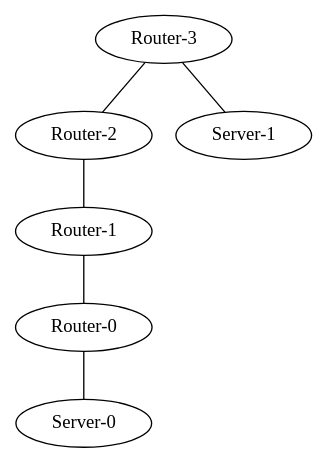
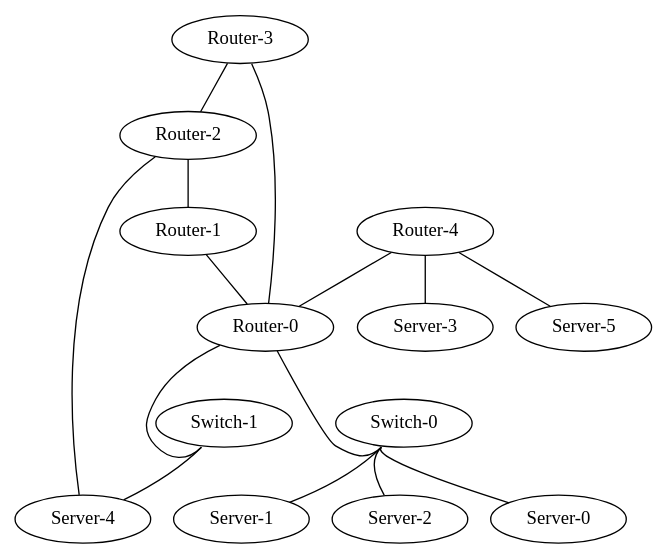
Before and after one commit to matferronato/TopologyGen: the diagram in TopologyGen/TopologyInfo/topology.dot, drawn with Graphviz. The commit also changed 87 other files, not shown here.

```diff
--- a/TopologyGen/TopologyInfo/topology.dot
+++ b/TopologyGen/TopologyInfo/topology.dot
@@ -1,13 +1,29 @@
 graph vx {
 "Router-0" [function="leaf" vagrant="eth1" os="hashicorp/bionic64" version="1.0.282" memory="500" config="./helper_scripts/config_production_switch.sh" ]
 "Router-1" [function="leaf" vagrant="eth1" os="hashicorp/bionic64" version="1.0.282" memory="500" config="./helper_scripts/config_production_switch.sh" ]
 "Router-2" [function="leaf" vagrant="eth1" os="hashicorp/bionic64" version="1.0.282" memory="500" config="./helper_scripts/config_production_switch.sh" ]
 "Router-3" [function="leaf" vagrant="eth1" os="hashicorp/bionic64" version="1.0.282" memory="500" config="./helper_scripts/config_production_switch.sh" ]
+"Router-4" [function="leaf" vagrant="eth1" os="hashicorp/bionic64" version="1.0.282" memory="500" config="./helper_scripts/config_production_switch.sh" ]
 "Server-0" [function="leaf" vagrant="eth1" os="hashicorp/bionic64" version="1.0.282" memory="500" config="./helper_scripts/config_production_switch.sh" ]
 "Server-1" [function="leaf" vagrant="eth1" os="hashicorp/bionic64" version="1.0.282" memory="500" config="./helper_scripts/config_production_switch.sh" ]
-"Router-3":"eth1" -- "Server-1":"eth100"
-"Router-2":"eth100" -- "Router-1":"eth100"
-"Router-0":"eth1" -- "Server-0":"eth100"
-"Router-1":"eth101" -- "Router-0":"eth100"
-"Router-3":"eth100" -- "Router-2":"eth101"
+"Server-2" [function="leaf" vagrant="eth1" os="hashicorp/bionic64" version="1.0.282" memory="500" config="./helper_scripts/config_production_switch.sh" ]
+"Server-3" [function="leaf" vagrant="eth1" os="hashicorp/bionic64" version="1.0.282" memory="500" config="./helper_scripts/config_production_switch.sh" ]
+"Server-4" [function="leaf" vagrant="eth1" os="hashicorp/bionic64" version="1.0.282" memory="500" config="./helper_scripts/config_production_switch.sh" ]
+"Server-5" [function="leaf" vagrant="eth1" os="hashicorp/bionic64" version="1.0.282" memory="500" config="./helper_scripts/config_production_switch.sh" ]
+"Switch-0" [function="leaf" vagrant="eth1" os="hashicorp/bionic64" version="1.0.282" memory="500" config="./helper_scripts/config_production_switch.sh" ]
+"Switch-1" [function="leaf" vagrant="eth1" os="hashicorp/bionic64" version="1.0.282" memory="500" config="./helper_scripts/config_production_switch.sh" ]
+"Router-4":"eth1" -- "Server-5":"eth100"
+"Switch-1":"swp1" -- "Server-4":"eth50"
+"Switch-0":"swp1" -- "Server-2":"eth50"
+"Router-0":"eth50" -- "Switch-0":"swp100"
+"Switch-0":"swp2" -- "Server-1":"eth50"
+"Switch-0":"swp3" -- "Server-0":"eth50"
+"Router-0":"eth51" -- "Switch-1":"swp100"
+"Router-4":"eth100" -- "Router-0":"eth100"
+"Router-2":"eth1" -- "Server-4":"eth100"
+"Router-1":"eth100" -- "Router-0":"eth101"
+"Router-2":"eth100" -- "Router-1":"eth101"
+"Router-3":"eth100" -- "Router-0":"eth102"
+"Router-3":"eth101" -- "Router-2":"eth101"
+"Router-4":"eth2" -- "Server-3":"eth100"
 }
```
